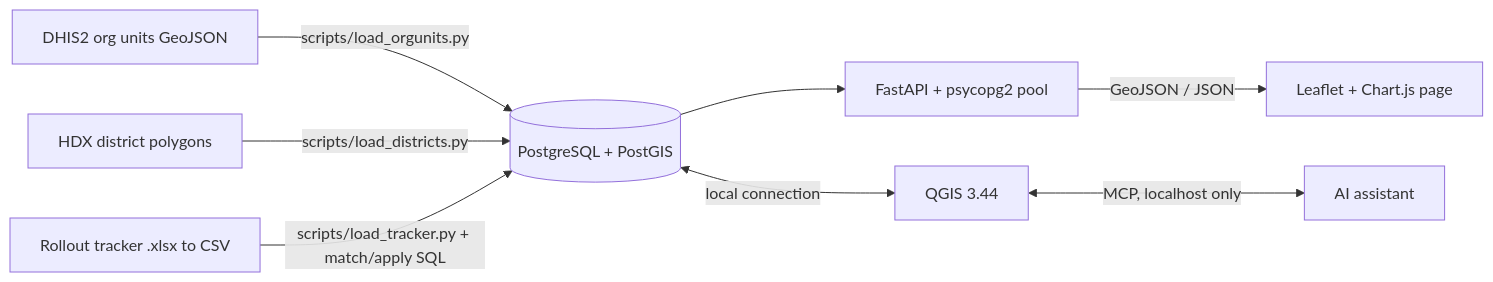
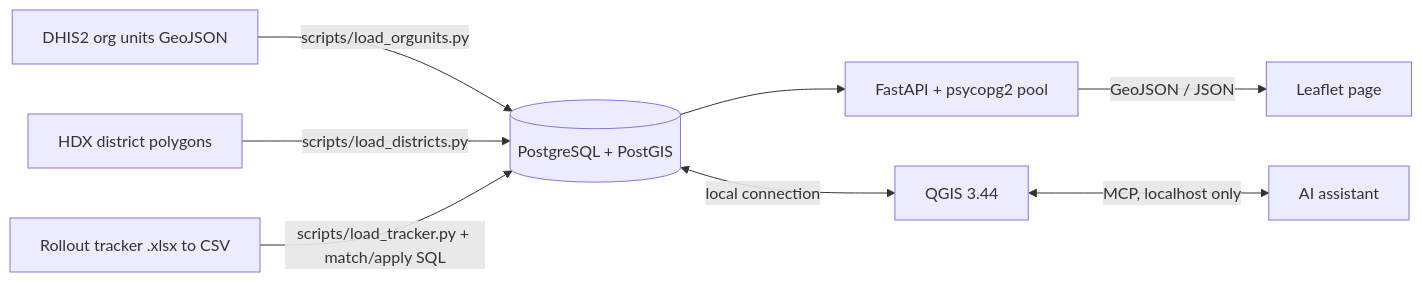
One commit to evance-mose/FacilityGeo changed the diagram in README.md. Above: the diagram before and after it, drawn with Mermaid. The commit also changed other lines of this file and 1 other file, not shown here.

Commit message:
Clean UI: tabs, compact status bars, muted basemap; remove the district chart

````diff
--- a/README.md
+++ b/README.md
@@ -30,10 +30,10 @@
 ```mermaid
 flowchart LR
     A[DHIS2 org units GeoJSON] -->|scripts/load_orgunits.py| P[(PostgreSQL + PostGIS)]
     B[HDX district polygons] -->|scripts/load_districts.py| P
     C[Rollout tracker .xlsx to CSV] -->|scripts/load_tracker.py + match/apply SQL| P
     P --> F[FastAPI + psycopg2 pool]
-    F -->|GeoJSON / JSON| L[Leaflet + Chart.js page]
+    F -->|GeoJSON / JSON| L[Leaflet page]
     P <-->|local connection| Q[QGIS 3.44]
     Q <-->|MCP, localhost only| M[AI assistant]
 ```
````
